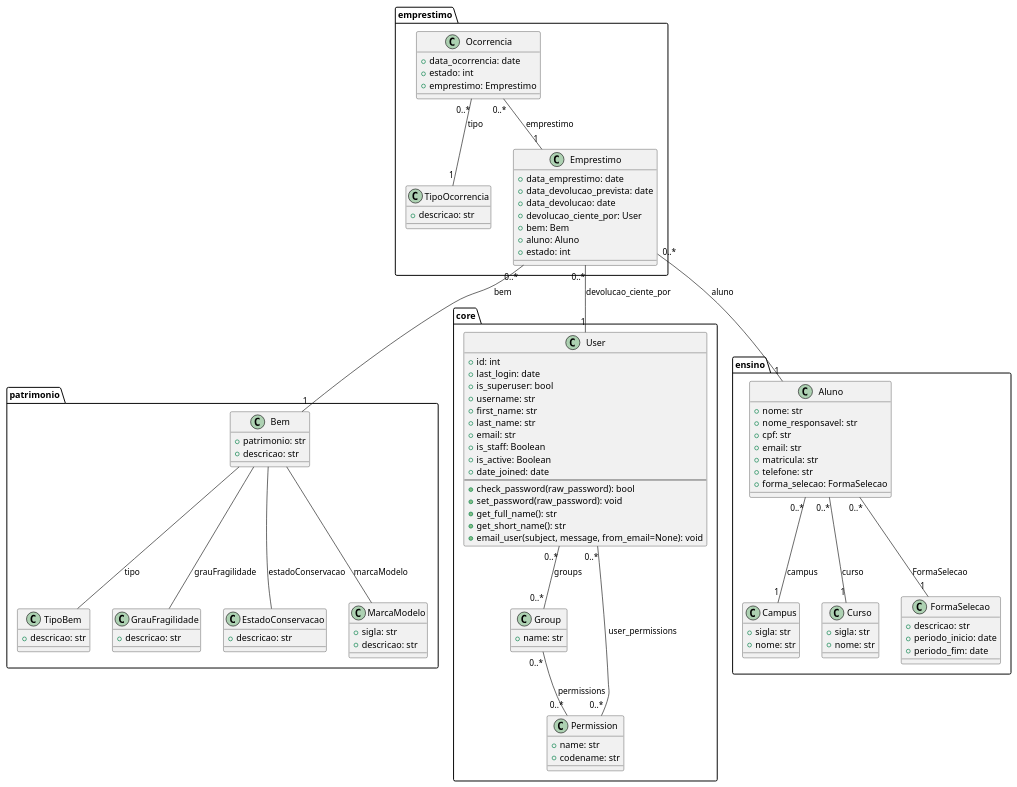
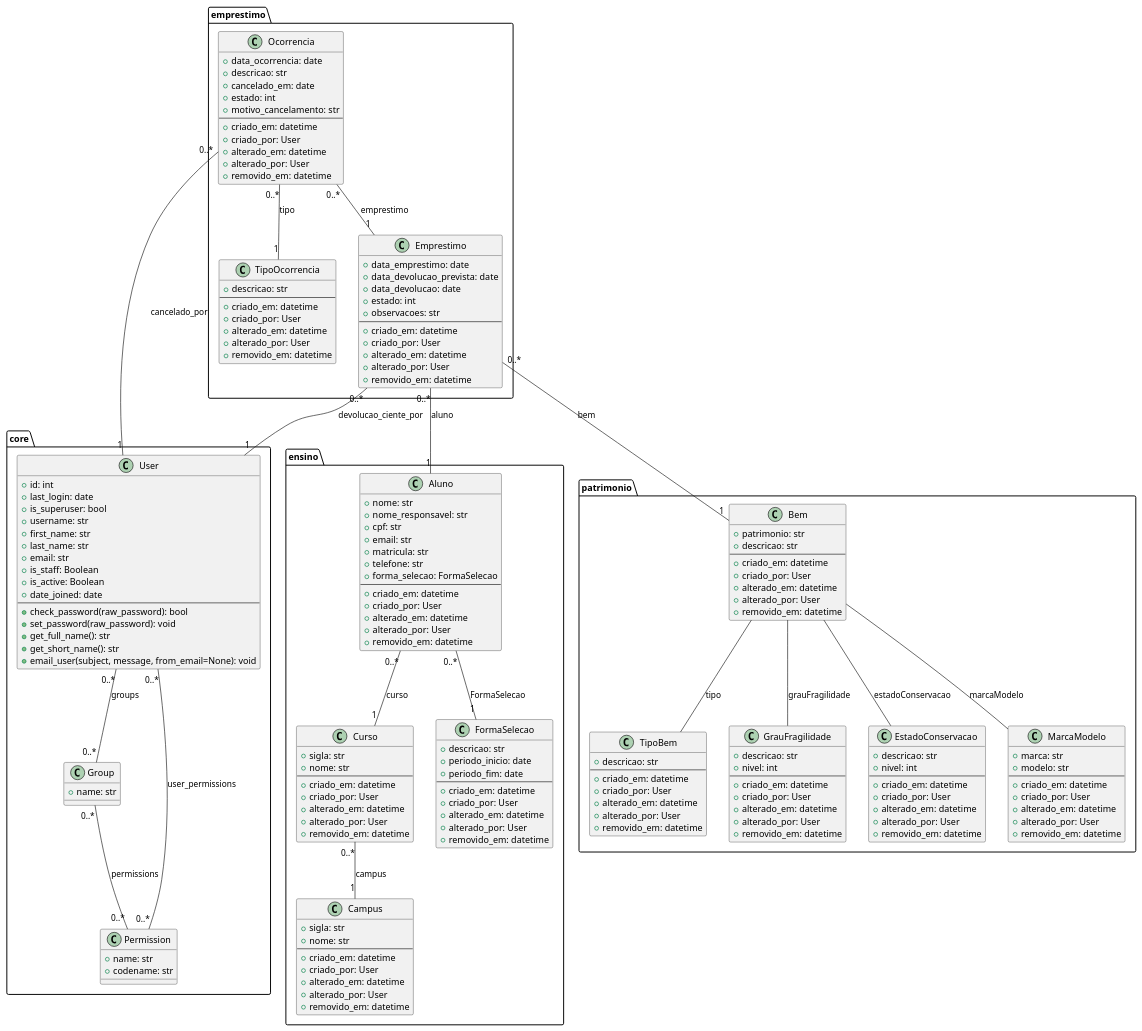
The diagram in plant-uml/class-diagram.puml (kavvata/sigemp), drawn with PlantUML before and after one commit. The commit also changed 3 other files, not shown here.

Commit message:
docs(class): atualizado diagrama de classes

```diff
--- a/plant-uml/class-diagram.puml
+++ b/plant-uml/class-diagram.puml
@@ -3,24 +3,56 @@
 package "patrimonio" {
     class TipoBem {
         +descricao: str
+        --
+        +criado_em: datetime
+        +criado_por: User
+        +alterado_em: datetime
+        +alterado_por: User
+        +removido_em: datetime
     }
 
     class GrauFragilidade {
         +descricao: str
+        +nivel: int
+        --
+        +criado_em: datetime
+        +criado_por: User
+        +alterado_em: datetime
+        +alterado_por: User
+        +removido_em: datetime
     }
 
     class EstadoConservacao {
         +descricao: str
+        +nivel: int
+        --
+        +criado_em: datetime
+        +criado_por: User
+        +alterado_em: datetime
+        +alterado_por: User
+        +removido_em: datetime
     }
 
     class MarcaModelo {
-        +sigla: str
-        +descricao: str
+        +marca: str
+        +modelo: str
+        --
+        +criado_em: datetime
+        +criado_por: User
+        +alterado_em: datetime
+        +alterado_por: User
+        +removido_em: datetime
     }
 
     class Bem {
         +patrimonio: str
         +descricao: str
+        --
+        +criado_em: datetime
+        +criado_por: User
+        +alterado_em: datetime
+        +alterado_por: User
+        +removido_em: datetime
     }
 
     Bem -- TipoBem : "tipo"
@@ -61,24 +93,41 @@
     User "0..*" -- "0..*" Group : "groups"
     User "0..*" -- "0..*" Permission : "user_permissions"
     Group "0..*" -- "0..*" Permission : "permissions"
-
 }
 
 package "ensino" {
     class Campus {
         +sigla: str
         +nome: str
+        --
+        +criado_em: datetime
+        +criado_por: User
+        +alterado_em: datetime
+        +alterado_por: User
+        +removido_em: datetime
     }
 
     class Curso {
         +sigla: str
         +nome: str
+        --
+        +criado_em: datetime
+        +criado_por: User
+        +alterado_em: datetime
+        +alterado_por: User
+        +removido_em: datetime
     }
 
     class FormaSelecao {
         +descricao: str
         +periodo_inicio: date
         +periodo_fim: date
+        --
+        +criado_em: datetime
+        +criado_por: User
+        +alterado_em: datetime
+        +alterado_por: User
+        +removido_em: datetime
     }
 
     class Aluno {
@@ -89,36 +138,63 @@
         +matricula: str
         +telefone: str
         +forma_selecao: FormaSelecao
+        --
+        +criado_em: datetime
+        +criado_por: User
+        +alterado_em: datetime
+        +alterado_por: User
+        +removido_em: datetime
     }
 
     Aluno "0..*" -- "1" FormaSelecao : "FormaSelecao"
-    Aluno "0..*" -- "1" Campus : "campus"
+    Curso "0..*" -- "1" Campus : "campus"
     Aluno "0..*" -- "1" Curso : "curso"
 }
 
 package "emprestimo" {
     class TipoOcorrencia {
         +descricao: str
+        --
+        +criado_em: datetime
+        +criado_por: User
+        +alterado_em: datetime
+        +alterado_por: User
+        +removido_em: datetime
     }
+
     class Ocorrencia {
         +data_ocorrencia: date
+        +descricao: str
+        +cancelado_em: date
         +estado: int
-        +emprestimo: Emprestimo
+        +motivo_cancelamento: str
+        --
+        +criado_em: datetime
+        +criado_por: User
+        +alterado_em: datetime
+        +alterado_por: User
+        +removido_em: datetime
     }
+
     class Emprestimo {
         +data_emprestimo: date
         +data_devolucao_prevista: date
         +data_devolucao: date
-        +devolucao_ciente_por: User
-        +bem: Bem
-        +aluno: Aluno
         +estado: int
+        +observacoes: str
+        --
+        +criado_em: datetime
+        +criado_por: User
+        +alterado_em: datetime
+        +alterado_por: User
+        +removido_em: datetime
     }
 
     Emprestimo "0..*" -- "1" User : "devolucao_ciente_por"
     Emprestimo "0..*" -- "1" Bem : "bem"
     Emprestimo "0..*" -- "1" Aluno : "aluno"
 
+    Ocorrencia "0..*" -- "1" User : "cancelado_por"
     Ocorrencia "0..*" -- "1" TipoOcorrencia : "tipo"
     Ocorrencia "0..*" -- "1" Emprestimo : "emprestimo"
 }
```
